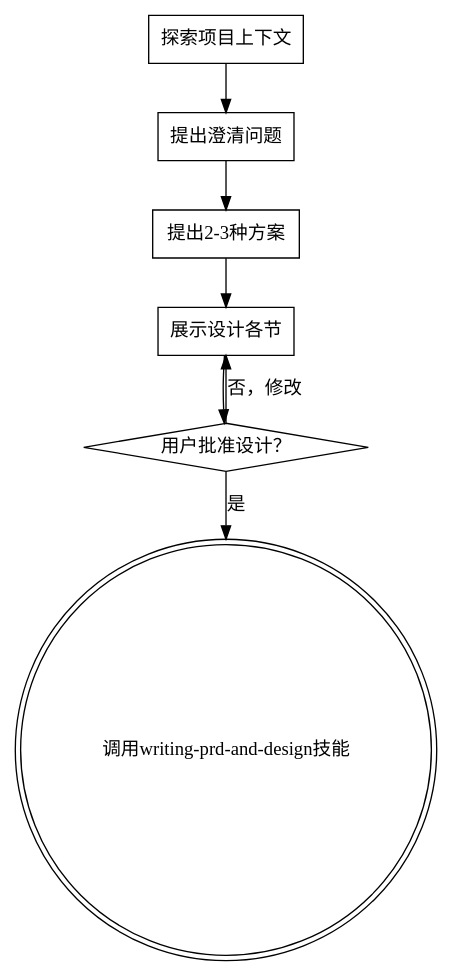
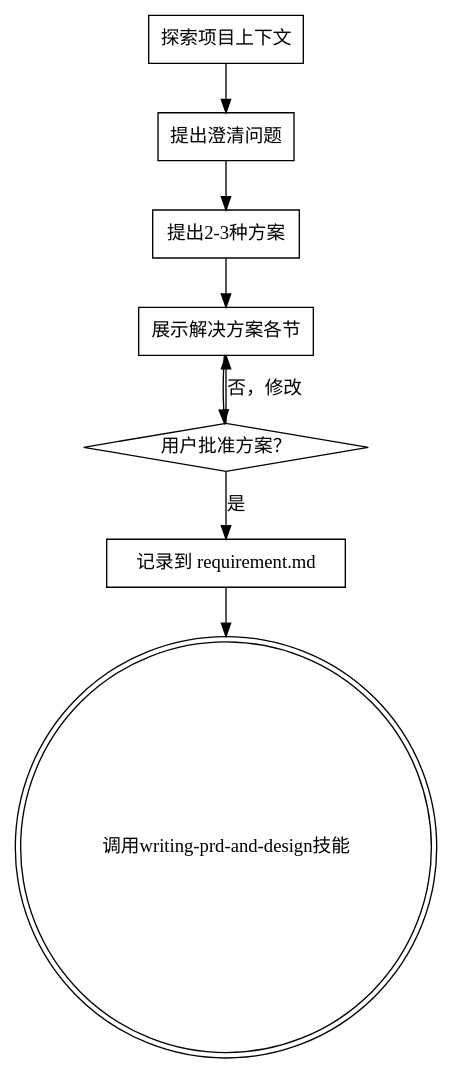
The diagram in coding-skills/brainstorming/SKILL.md (openbot-coder/coding-skills), drawn with Graphviz before and after one commit. The commit also changed other lines of this file and 1 other file, not shown here.

````diff
--- a/coding-skills/brainstorming/SKILL.md
+++ b/coding-skills/brainstorming/SKILL.md
@@ -35,17 +77,19 @@
 ```dot
 digraph brainstorming {
     "探索项目上下文" [shape=box];
     "提出澄清问题" [shape=box];
     "提出2-3种方案" [shape=box];
-    "展示设计各节" [shape=box];
-    "用户批准设计？" [shape=diamond];
+    "展示解决方案各节" [shape=box];
+    "用户批准方案？" [shape=diamond];
+    "记录到 requirement.md" [shape=box];
     "调用writing-prd-and-design技能" [shape=doublecircle];
 
     "探索项目上下文" -> "提出澄清问题";
     "提出澄清问题" -> "提出2-3种方案";
-    "提出2-3种方案" -> "展示设计各节";
-    "展示设计各节" -> "用户批准设计？";
-    "用户批准设计？" -> "展示设计各节" [label="否，修改"];
-    "用户批准设计？" -> "调用writing-prd-and-design技能" [label="是"];
+    "提出2-3种方案" -> "展示解决方案各节";
+    "展示解决方案各节" -> "用户批准方案？";
+    "用户批准方案？" -> "展示解决方案各节" [label="否，修改"];
+    "用户批准方案？" -> "记录到 requirement.md" [label="是"];
+    "记录到 requirement.md" -> "调用writing-prd-and-design技能";
 }
 ```
````
